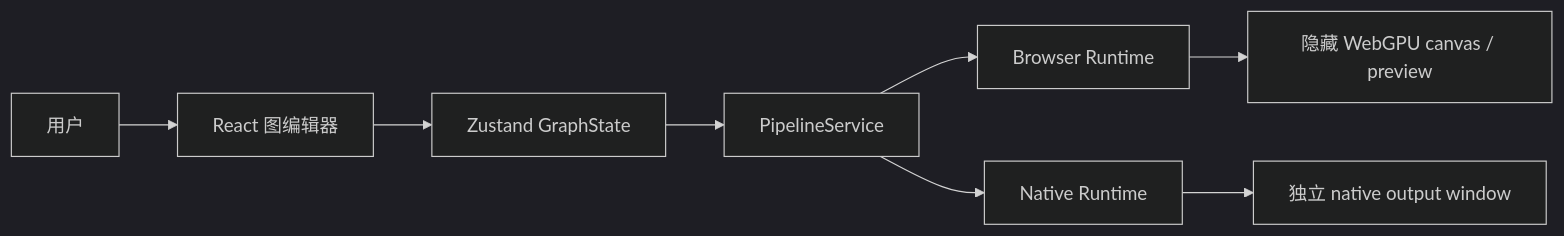
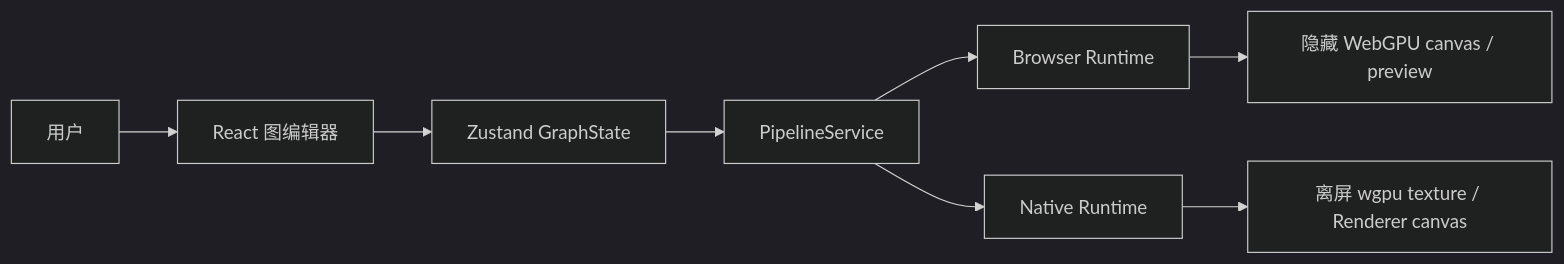
One commit to sanitor/open_quartz changed the diagram in docs/DESIGN.md. Above: the diagram before and after it, drawn with Mermaid (dark theme). The commit also changed other lines of this file, not shown here.

Commit message:
docs: define runtime SDK evolution roadmap

````diff
--- a/docs/DESIGN.md
+++ b/docs/DESIGN.md
@@ -94,10 +91,10 @@
 ```mermaid
 flowchart LR
     User[用户] --> Editor[React 图编辑器]
     Editor --> Store[Zustand GraphState]
     Store --> Service[PipelineService]
     Service --> Browser[Browser Runtime]
     Service --> Native[Native Runtime]
     Browser --> BrowserOutput[隐藏 WebGPU canvas / preview]
-    Native --> NativeOutput[独立 native output window]
+    Native --> NativeOutput[离屏 wgpu texture / Renderer canvas]
 ```
````
